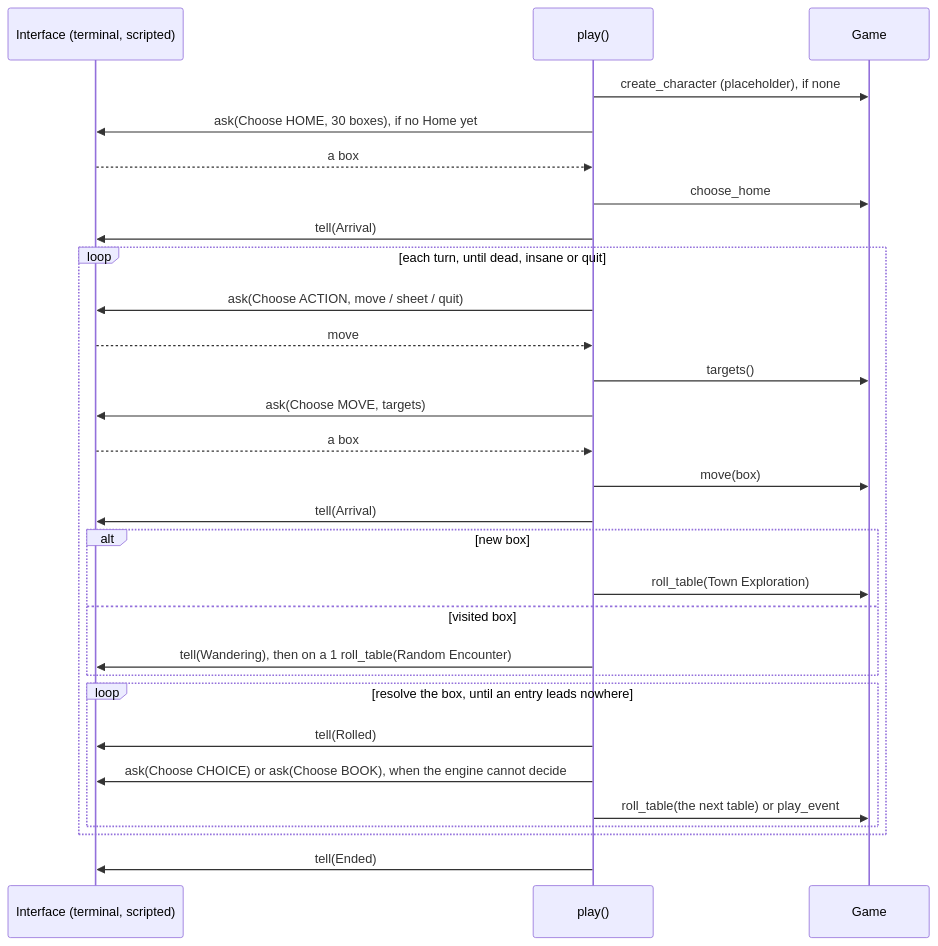
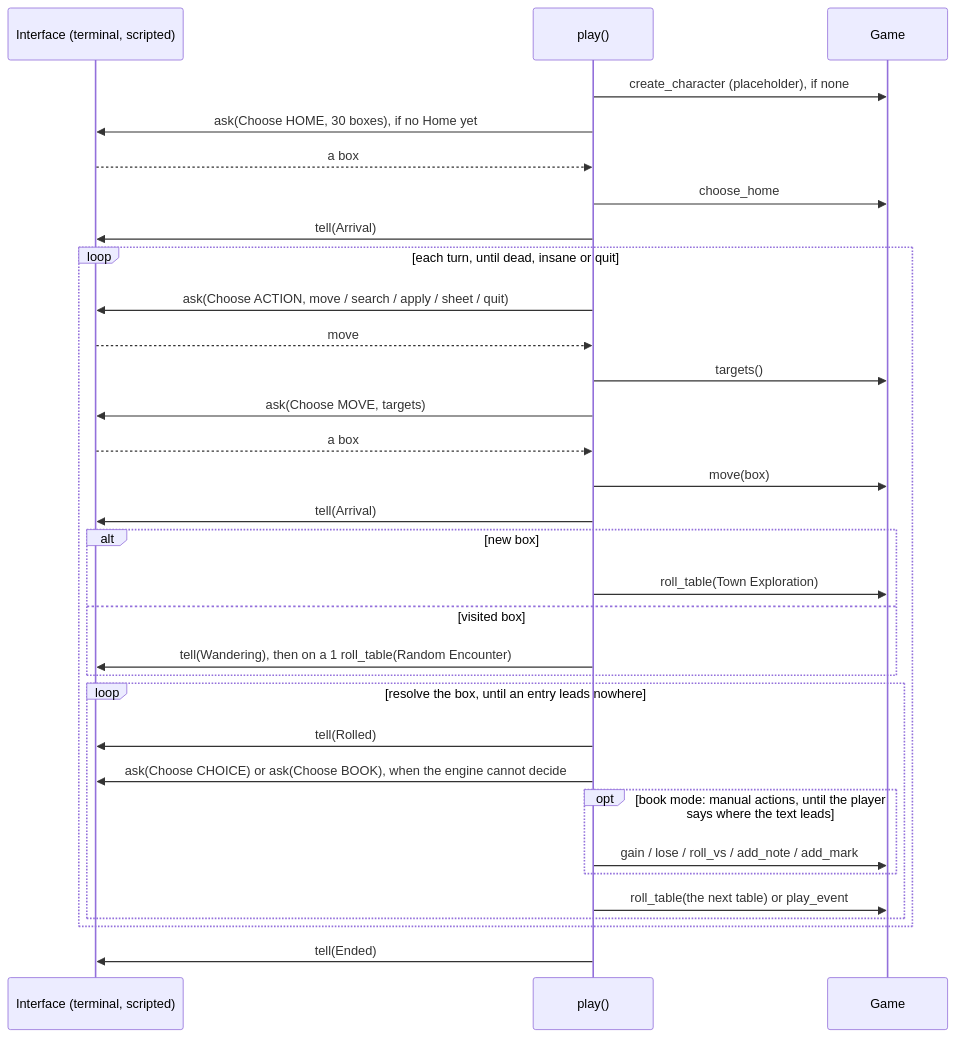
The third of 6 diagrams in docs/architecture.md (NathanChalot/AloneVsFEear), drawn with Mermaid before and after one commit. The commit also changed other lines of this file and 25 other files, not shown here.

First line of the commit message:
E5b: book mode, manual actions (#17)

````diff
--- a/docs/architecture.md
+++ b/docs/architecture.md
@@ -84,31 +89,34 @@
 ```mermaid
 sequenceDiagram
     participant UI as Interface (terminal, scripted)
     participant P as play()
     participant Game
     P->>Game: create_character (placeholder), if none
     P->>UI: ask(Choose HOME, 30 boxes), if no Home yet
     UI-->>P: a box
     P->>Game: choose_home
     P->>UI: tell(Arrival)
     loop each turn, until dead, insane or quit
-        P->>UI: ask(Choose ACTION, move / sheet / quit)
+        P->>UI: ask(Choose ACTION, move / search / apply / sheet / quit)
         UI-->>P: move
         P->>Game: targets()
         P->>UI: ask(Choose MOVE, targets)
         UI-->>P: a box
         P->>Game: move(box)
         P->>UI: tell(Arrival)
         alt new box
             P->>Game: roll_table(Town Exploration)
         else visited box
             P->>UI: tell(Wandering), then on a 1 roll_table(Random Encounter)
         end
         loop resolve the box, until an entry leads nowhere
             P->>UI: tell(Rolled)
             P->>UI: ask(Choose CHOICE) or ask(Choose BOOK), when the engine cannot decide
+            opt book mode: manual actions, until the player says where the text leads
+                P->>Game: gain / lose / roll_vs / add_note / add_mark
+            end
             P->>Game: roll_table(the next table) or play_event
         end
     end
     P->>UI: tell(Ended)
 ```
````
